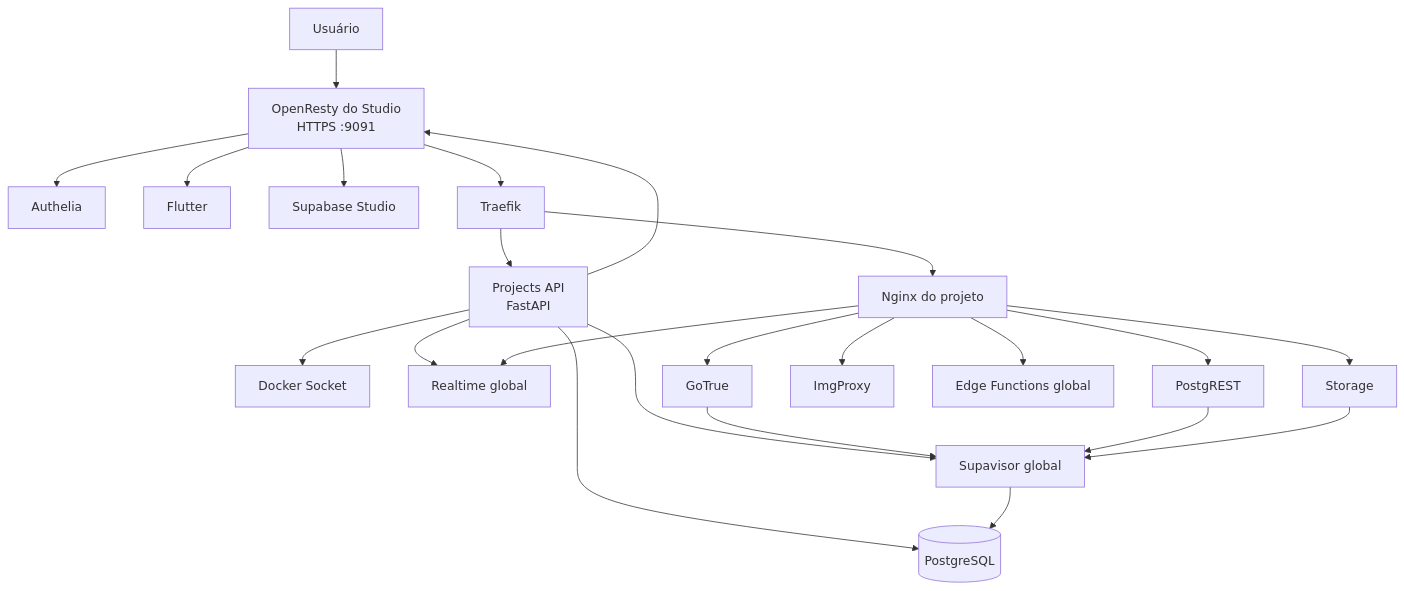
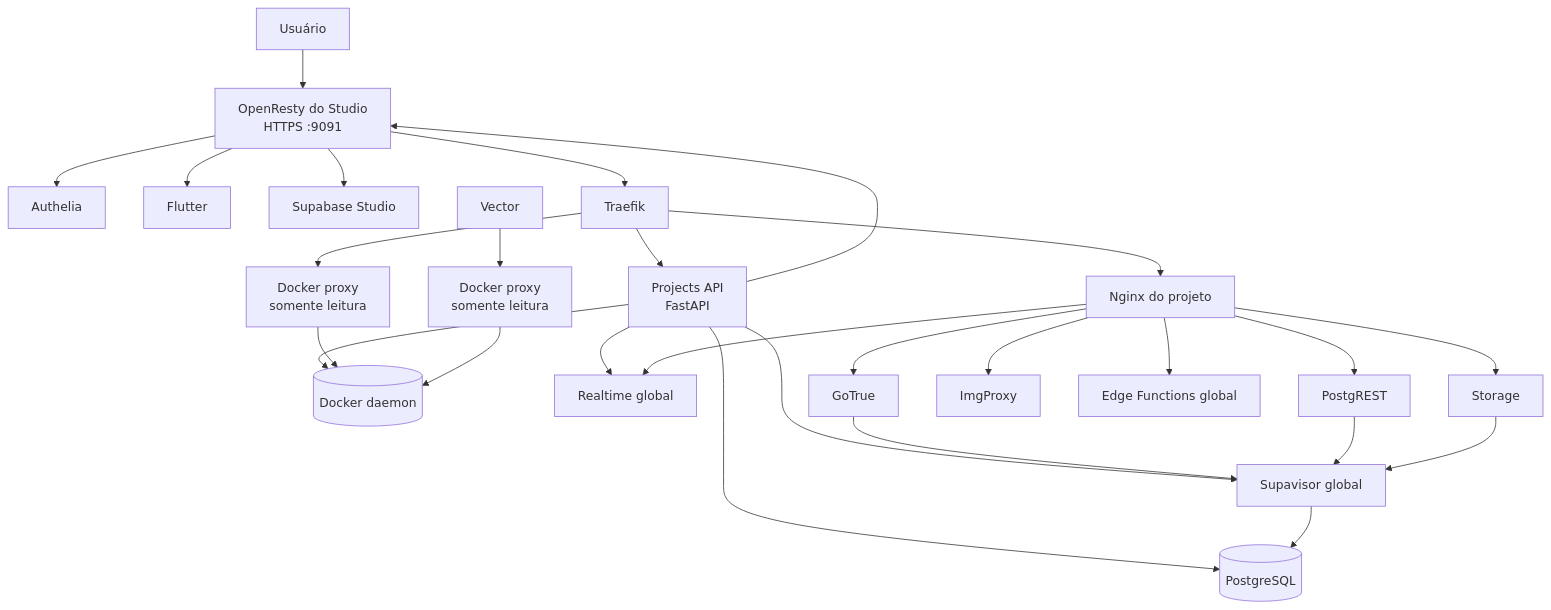
Before and after one commit to GustavoMartins123/supabase-multitenant: the diagram in docs/00-arquitetura.md, drawn with Mermaid. The commit also changed other lines of this file and 9 other files, not shown here.

First line of the commit message:
feat(security): proxy Docker access for Traefik and Vector

````diff
--- a/docs/00-arquitetura.md
+++ b/docs/00-arquitetura.md
@@ -15,29 +15,34 @@
 ```mermaid
 flowchart TB
     User[Usuário] --> StudioGateway[OpenResty do Studio\nHTTPS :9091]
     StudioGateway --> Authelia[Authelia]
     StudioGateway --> Selector[Flutter]
     StudioGateway --> Studio[Supabase Studio]
 
     StudioGateway --> Traefik[Traefik]
     Traefik --> ProjectsAPI[Projects API\nFastAPI]
     Traefik --> ProjectNginx[Nginx do projeto]
 
     ProjectsAPI --> PostgreSQL[(PostgreSQL)]
-    ProjectsAPI --> Docker[Docker Socket]
+    ProjectsAPI --> Docker[(Docker daemon)]
     ProjectsAPI --> Realtime[Realtime global]
     ProjectsAPI --> Supavisor[Supavisor global]
     ProjectsAPI --> StudioGateway
+
+    Traefik --> TraefikDockerProxy[Docker proxy\nsomente leitura]
+    TraefikDockerProxy --> Docker
+    Vector[Vector] --> VectorDockerProxy[Docker proxy\nsomente leitura]
+    VectorDockerProxy --> Docker
 
     ProjectNginx --> Auth[GoTrue]
     ProjectNginx --> Rest[PostgREST]
     ProjectNginx --> Storage[Storage]
     ProjectNginx --> ImgProxy[ImgProxy]
     ProjectNginx --> Functions[Edge Functions global]
     ProjectNginx --> Realtime
 
     Auth --> Supavisor
     Rest --> Supavisor
     Storage --> Supavisor
     Supavisor --> PostgreSQL
 ```
````
